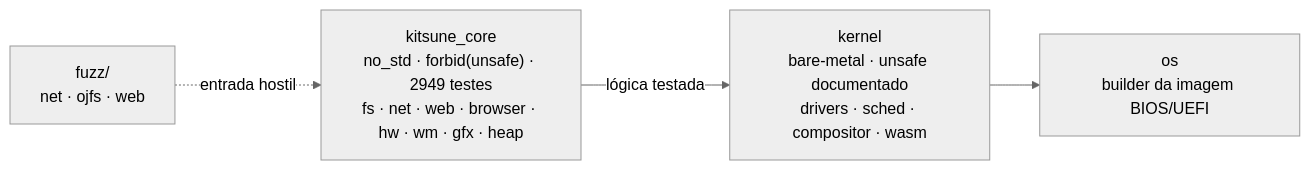
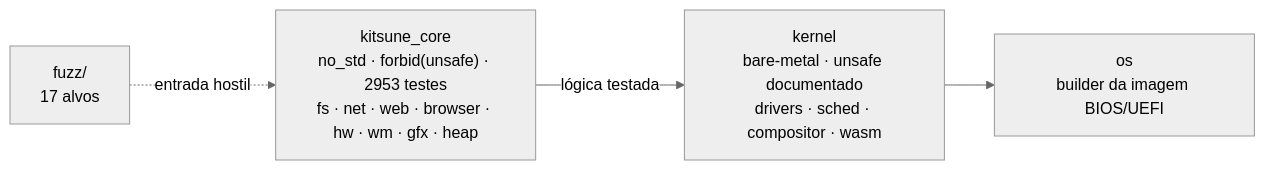
One commit to Jeffinp/OSjeff changed the diagram in README.md. Above: the diagram before and after it, drawn with Mermaid (neutral theme). The commit also changed other lines of this file and 8 other files, not shown here.

````diff
--- a/README.md
+++ b/README.md
@@ -106,9 +144,9 @@
 ```mermaid
 flowchart LR
-    CORE["kitsune_core<br/>no_std · forbid(unsafe) · 2949 testes<br/>fs · net · web · browser · hw · wm · gfx · heap"]
+    CORE["kitsune_core<br/>no_std · forbid(unsafe) · 2953 testes<br/>fs · net · web · browser · hw · wm · gfx · heap"]
     KERNEL["kernel<br/>bare-metal · unsafe documentado<br/>drivers · sched · compositor · wasm"]
     OS["os<br/>builder da imagem BIOS/UEFI"]
-    FUZZ["fuzz/<br/>net · ojfs · web"]
+    FUZZ["fuzz/<br/>17 alvos"]
     CORE -->|lógica testada| KERNEL --> OS
     FUZZ -.->|entrada hostil| CORE
 ```
````
